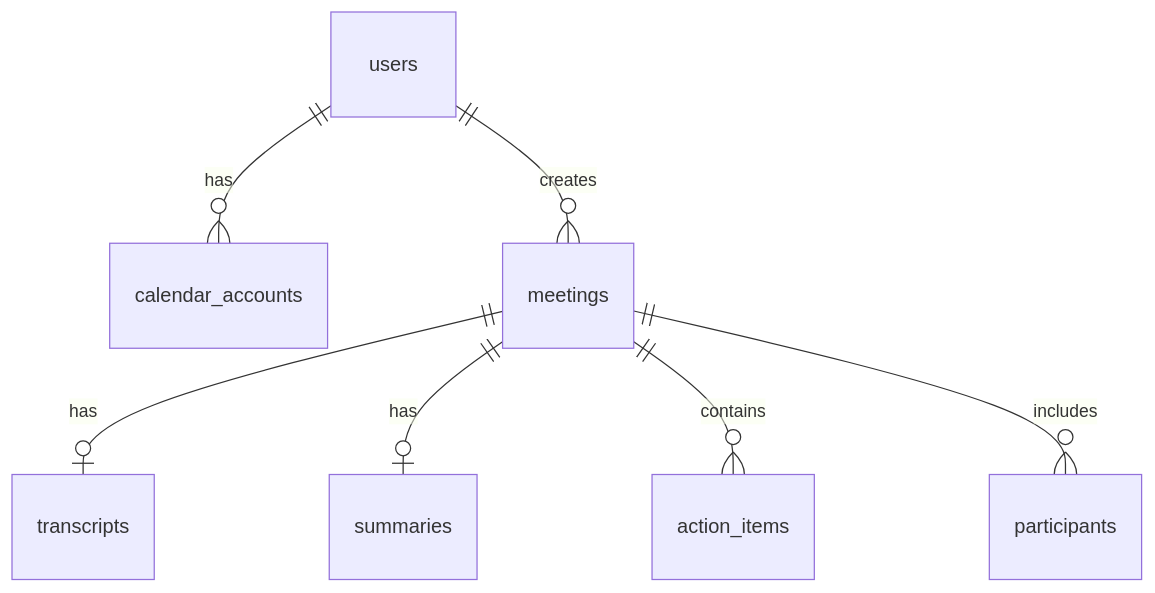
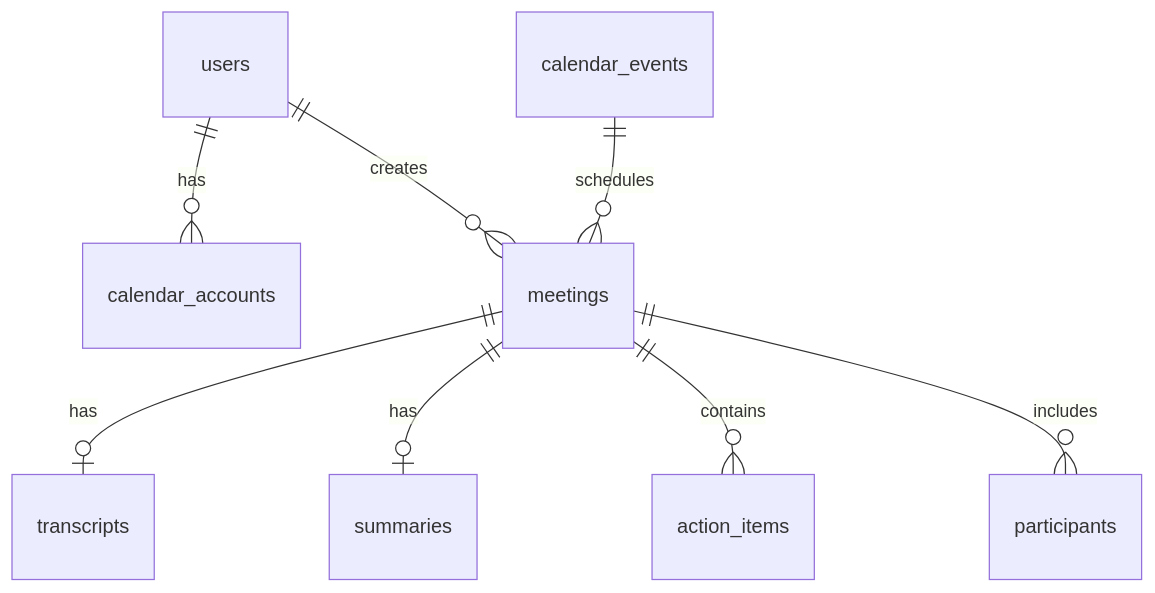
Before and after one commit to weeargh/potts: the diagram in docs/DATABASE_SCHEMA.md, drawn with Mermaid. The commit also changed other lines of this file and 15 other files, not shown here.

````diff
--- a/docs/DATABASE_SCHEMA.md
+++ b/docs/DATABASE_SCHEMA.md
@@ -22,9 +49,10 @@
 ```mermaid
 erDiagram
     users ||--o{ calendar_accounts : "has"
     users ||--o{ meetings : "creates"
     meetings ||--o| transcripts : "has"
     meetings ||--o| summaries : "has"
     meetings ||--o{ action_items : "contains"
     meetings ||--o{ participants : "includes"
+    calendar_events ||--o{ meetings : "schedules"
 ```
````
